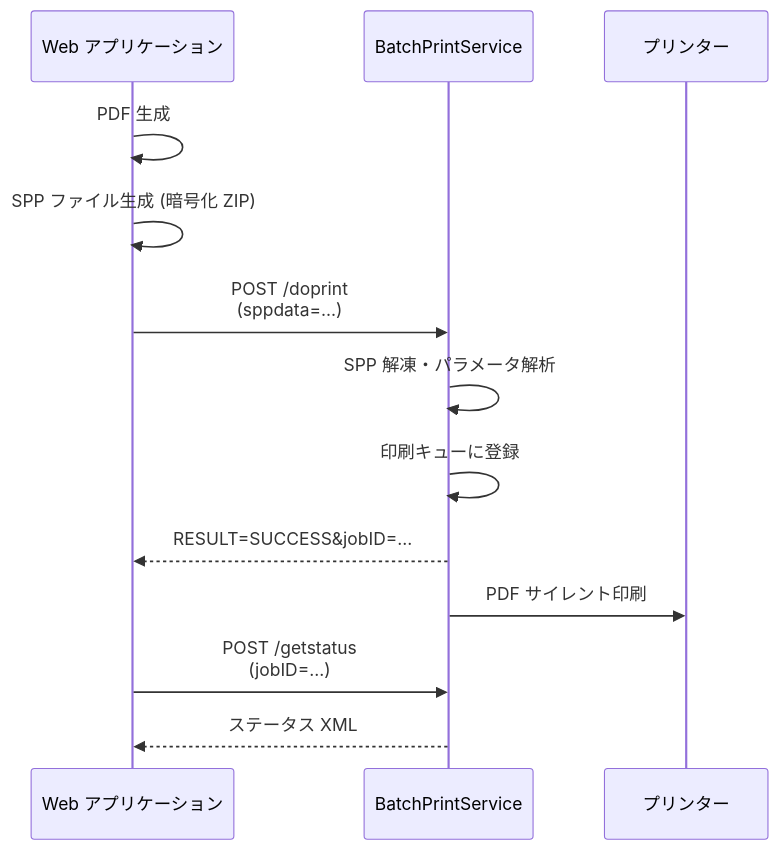
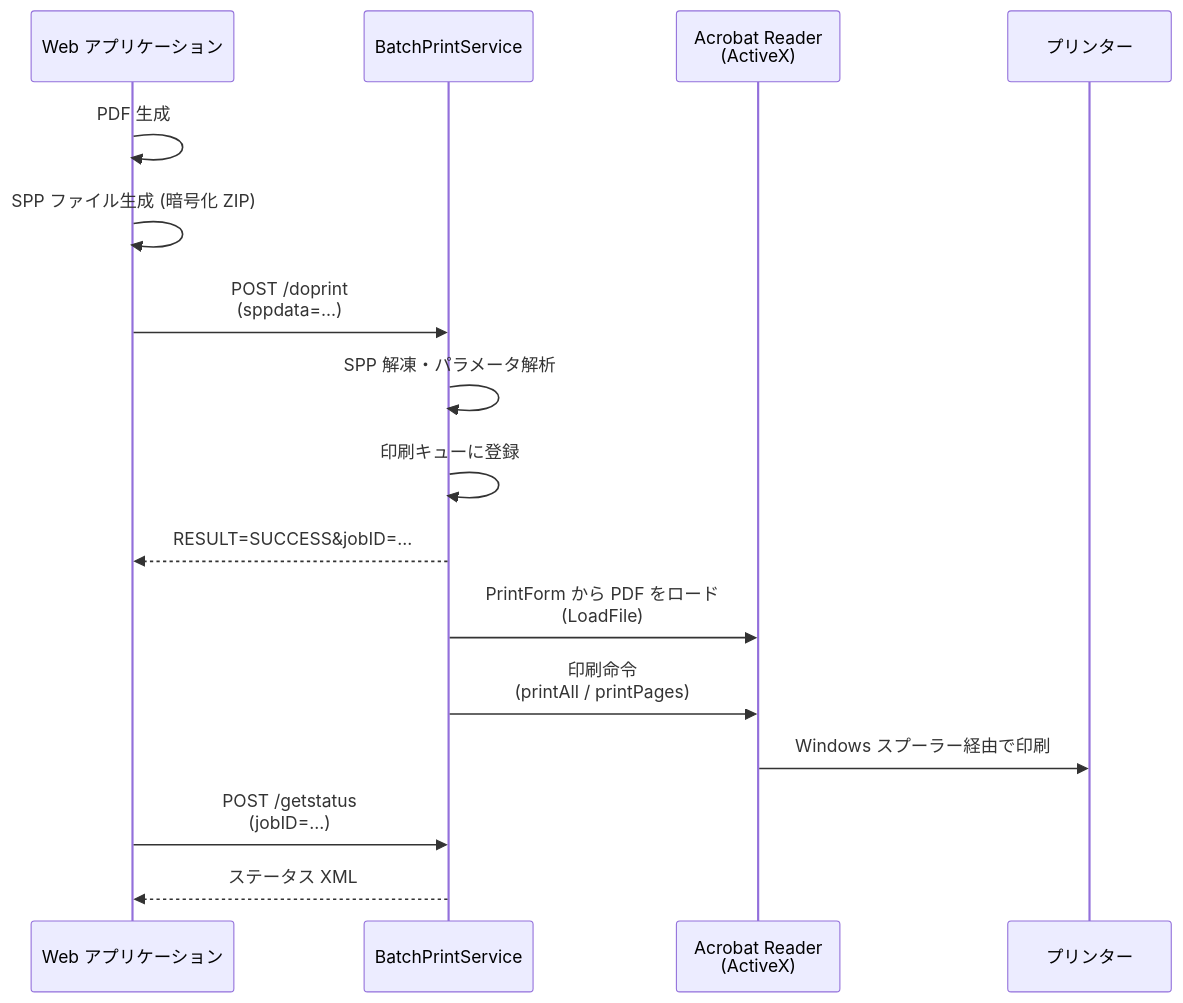
Before and after one commit to biz-Stream/bizprint: the third of 3 diagrams in docs/architecture.md, drawn with Mermaid. The commit also changed other lines of this file and 1 other file, not shown here.

First line of the commit message:
architecture.md の PDF 印刷メカニズムを実態に合わせて修正し Acrobat Reader 前提条件を追記（#33）

````diff
--- a/docs/architecture.md
+++ b/docs/architecture.md
@@ -74,16 +85,19 @@
 ```mermaid
 sequenceDiagram
     participant WebApp as Web アプリケーション
     participant BPS as BatchPrintService
+    participant Acrobat as Acrobat Reader<br/>(ActiveX)
     participant Printer as プリンター
 
     WebApp ->> WebApp: PDF 生成
     WebApp ->> WebApp: SPP ファイル生成 (暗号化 ZIP)
     WebApp ->> BPS: POST /doprint<br/>(sppdata=...)
     BPS ->> BPS: SPP 解凍・パラメータ解析
     BPS ->> BPS: 印刷キューに登録
     BPS -->> WebApp: RESULT=SUCCESS&jobID=...
-    BPS ->> Printer: PDF サイレント印刷
+    BPS ->> Acrobat: PrintForm から PDF をロード<br/>(LoadFile)
+    BPS ->> Acrobat: 印刷命令<br/>(printAll / printPages)
+    Acrobat ->> Printer: Windows スプーラー経由で印刷
     WebApp ->> BPS: POST /getstatus<br/>(jobID=...)
     BPS -->> WebApp: ステータス XML
 ```
````
